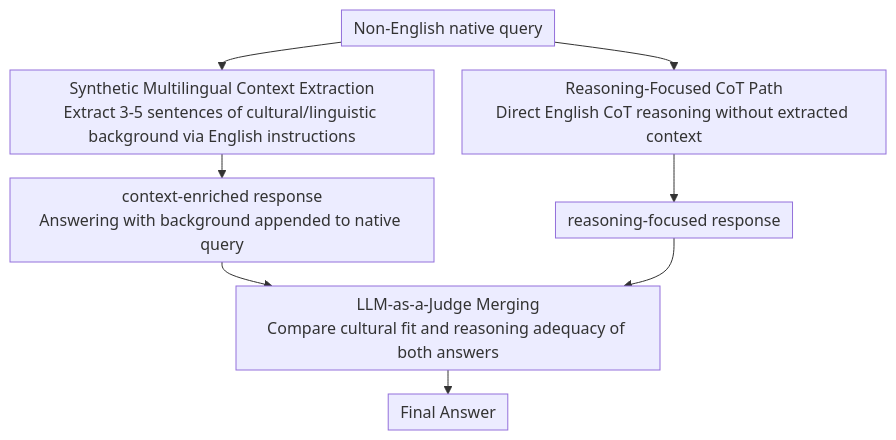
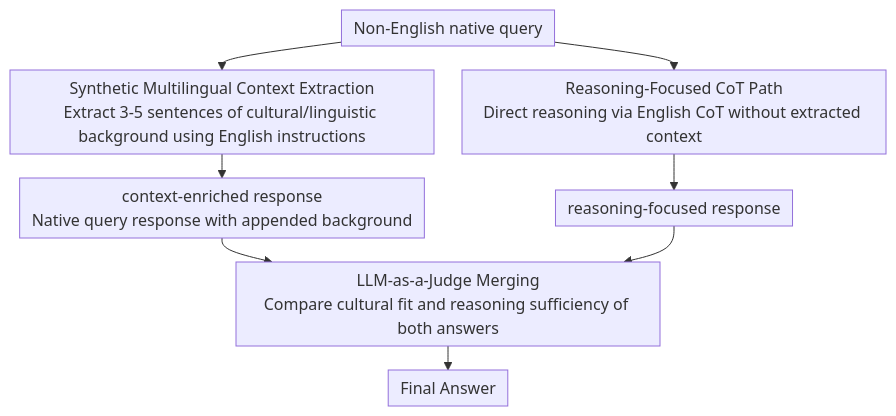
The diagram in docs/ACL2026/multilingual_mt/emcee_improving_multilingual_capability_of_llms_via_bridging_knowledge_and_reaso.md (zhaoyang97/Paper-Notes-en), drawn with Mermaid before and after one commit. The commit also changed other lines of this file and 5084 other files, not shown here.

````diff
--- a/docs/ACL2026/multilingual_mt/emcee_improving_multilingual_capability_of_llms_via_bridging_knowledge_and_reaso.md
+++ b/docs/ACL2026/multilingual_mt/emcee_improving_multilingual_capability_of_llms_via_bridging_knowledge_and_reaso.md
@@ -47,12 +47,12 @@
 ```mermaid
 %%{init: {'flowchart': {'rankSpacing': 24, 'nodeSpacing': 28, 'padding': 6, 'wrappingWidth': 400}}}%%
 flowchart TD
     Q["Non-English native query"]
-    Q --> E["Synthetic Multilingual Context Extraction<br/>Extract 3-5 sentences of cultural/linguistic background via English instructions"]
-    Q --> C["Reasoning-Focused CoT Path<br/>Direct English CoT reasoning without extracted context"]
-    E --> ER["context-enriched response<br/>Answering with background appended to native query"]
+    Q --> E["Synthetic Multilingual Context Extraction<br/>Extract 3-5 sentences of cultural/linguistic background using English instructions"]
+    Q --> C["Reasoning-Focused CoT Path<br/>Direct reasoning via English CoT without extracted context"]
+    E --> ER["context-enriched response<br/>Native query response with appended background"]
     C --> CR["reasoning-focused response"]
-    ER --> J["LLM-as-a-Judge Merging<br/>Compare cultural fit and reasoning adequacy of both answers"]
+    ER --> J["LLM-as-a-Judge Merging<br/>Compare cultural fit and reasoning sufficiency of both answers"]
     CR --> J
     J --> O["Final Answer"]
 ```
````
